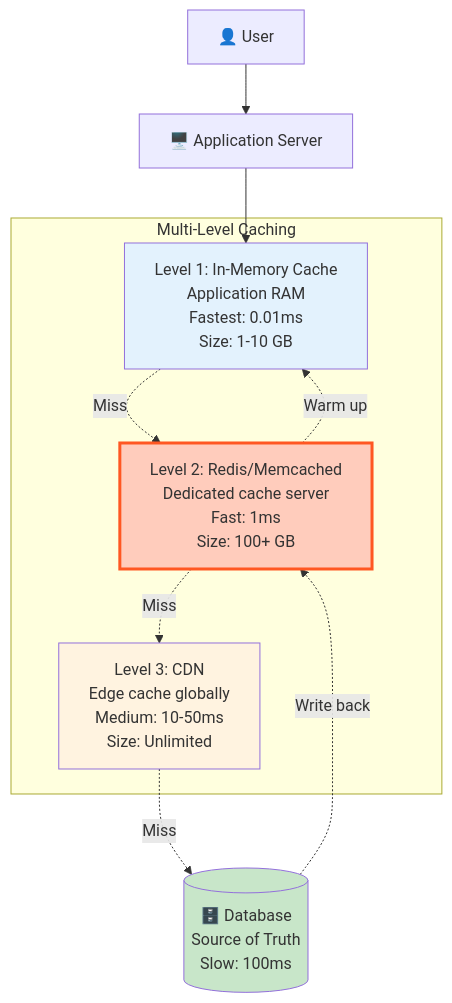
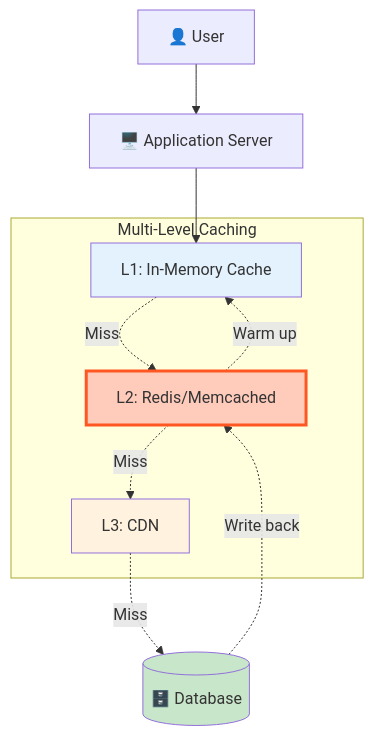
One commit to p1kmr/for-reading changed the second of 10 diagrams in HLD/foundation/03_caching.md. Above: the diagram before and after it, drawn with Mermaid. The commit also changed other lines of this file, not shown here.

Commit message:
Fix Mermaid diagrams in 03_caching.md: Remove br tags and simplify node labels for GitHub compatibility

````diff
--- a/HLD/foundation/03_caching.md
+++ b/HLD/foundation/03_caching.md
@@ -45,29 +47,27 @@
 ```mermaid
 graph TB
     User[👤 User]
     App[🖥️ Application Server]
 
-    subgraph "Multi-Level Caching"
-        L1[Level 1: In-Memory Cache<br/>Application RAM<br/>Fastest: 0.01ms<br/>Size: 1-10 GB]
-
-        L2[Level 2: Redis/Memcached<br/>Dedicated cache server<br/>Fast: 1ms<br/>Size: 100+ GB]
-
-        L3[Level 3: CDN<br/>Edge cache globally<br/>Medium: 10-50ms<br/>Size: Unlimited]
+    subgraph Multi_Level_Caching[Multi-Level Caching]
+        L1[L1: In-Memory Cache]
+        L2[L2: Redis/Memcached]
+        L3[L3: CDN]
     end
 
-    DB[(🗄️ Database<br/>Source of Truth<br/>Slow: 100ms)]
+    DB[(🗄️ Database)]
 
     User --> App
     App --> L1
-    L1 -.Miss.-> L2
-    L2 -.Miss.-> L3
-    L3 -.Miss.-> DB
+    L1 -.->|Miss| L2
+    L2 -.->|Miss| L3
+    L3 -.->|Miss| DB
 
-    DB -.Write back.-> L2
-    L2 -.Warm up.-> L1
+    DB -.->|Write back| L2
+    L2 -.->|Warm up| L1
 
     style L1 fill:#e3f2fd
     style L2 fill:#ffccbc,stroke:#ff5722,stroke-width:3px
     style L3 fill:#fff3e0
     style DB fill:#c8e6c9
 ```
````
